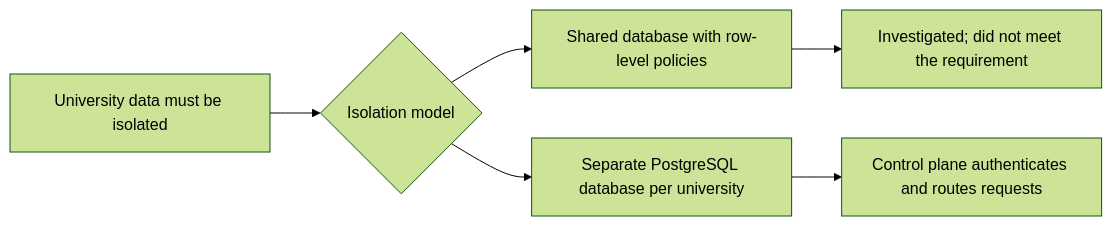
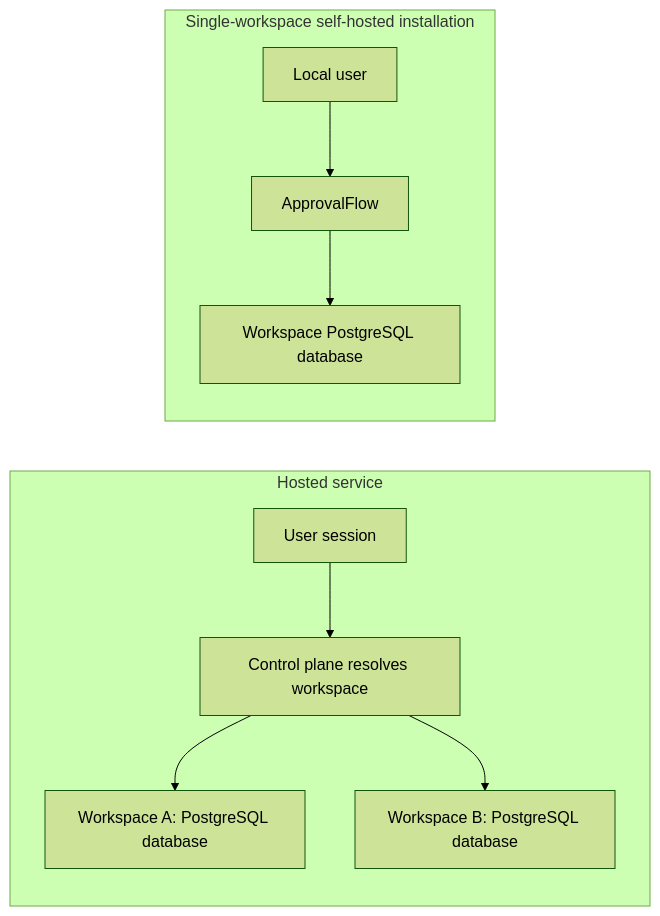
One commit to clrzr/clrzr.github.io changed the second of 2 diagrams in _case_studies/approvalflow.md. Above: the diagram before and after it, drawn with Mermaid (forest theme). The commit also changed other lines of this file, not shown here.

Commit message:
Rewrite ApprovalFlow narrative

````diff
--- a/_case_studies/approvalflow.md
+++ b/_case_studies/approvalflow.md
@@ -56,8 +61,12 @@
 ```mermaid
 flowchart LR
-    A["University data must be isolated"] --> B{"Isolation model"}
-    B --> C["Shared database with row-level policies"]
-    C --> D["Investigated; did not meet the requirement"]
-    B --> E["Separate PostgreSQL database per university"]
-    E --> F["Control plane authenticates and routes requests"]
+    subgraph Hosted["Hosted service"]
+        User["User session"] --> Control["Control plane resolves workspace"]
+        Control --> DB1["Workspace A: PostgreSQL database"]
+        Control --> DB2["Workspace B: PostgreSQL database"]
+    end
+    subgraph SelfHosted["Single-workspace self-hosted installation"]
+        LocalUser["Local user"] --> App["ApprovalFlow"]
+        App --> LocalDB["Workspace PostgreSQL database"]
+    end
 ```
````
